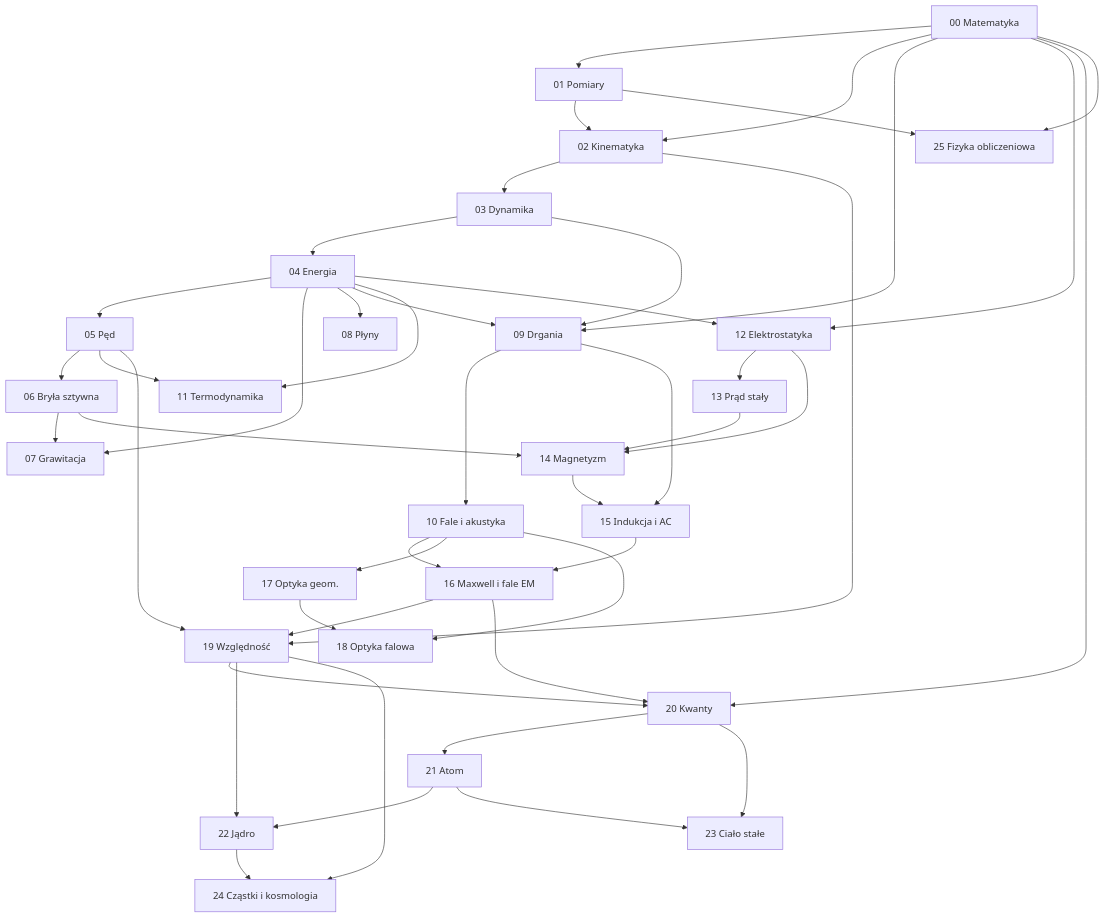
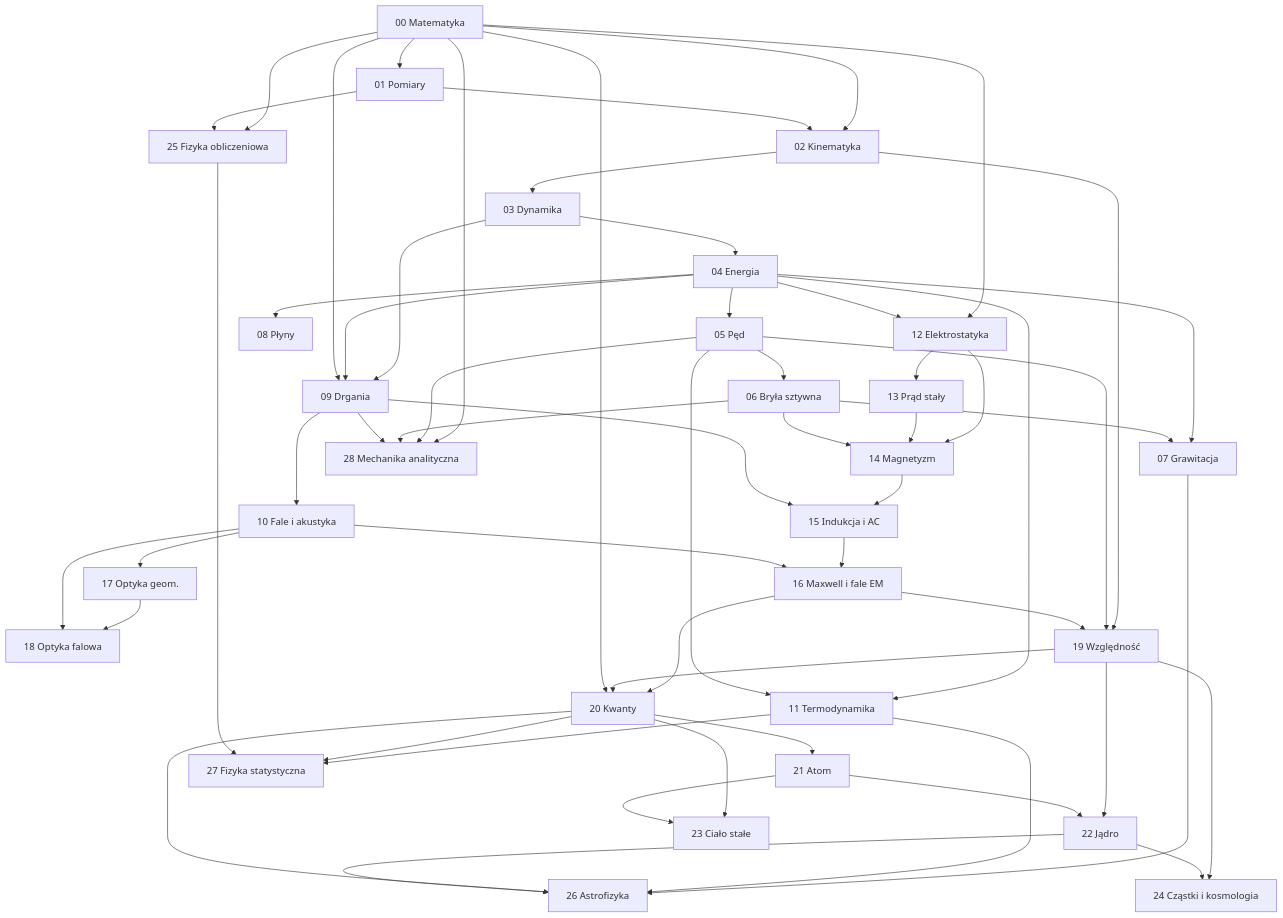
One commit to kanthakdominik/Fizyka changed the diagram in ROADMAP.md. Above: the diagram before and after it, drawn with Mermaid. The commit also changed other lines of this file and 30 other files, not shown here.

First line of the commit message:
Nowe moduły 26 (astrofizyka), 27 (fizyka statystyczna), 28 (mechanika analityczna)

````diff
--- a/ROADMAP.md
+++ b/ROADMAP.md
@@ -7,47 +7,58 @@
 ```mermaid
 graph TD
     M00[00 Matematyka] --> M01[01 Pomiary]
     M00[00 Matematyka] --> M02[02 Kinematyka]
     M01[01 Pomiary] --> M02[02 Kinematyka]
     M02[02 Kinematyka] --> M03[03 Dynamika]
     M03[03 Dynamika] --> M04[04 Energia]
     M04[04 Energia] --> M05[05 Pęd]
     M05[05 Pęd] --> M06[06 Bryła sztywna]
     M04[04 Energia] --> M07[07 Grawitacja]
     M06[06 Bryła sztywna] --> M07[07 Grawitacja]
     M04[04 Energia] --> M08[08 Płyny]
     M03[03 Dynamika] --> M09[09 Drgania]
     M04[04 Energia] --> M09[09 Drgania]
     M00[00 Matematyka] --> M09[09 Drgania]
     M09[09 Drgania] --> M10[10 Fale i akustyka]
     M04[04 Energia] --> M11[11 Termodynamika]
     M05[05 Pęd] --> M11[11 Termodynamika]
     M00[00 Matematyka] --> M12[12 Elektrostatyka]
     M04[04 Energia] --> M12[12 Elektrostatyka]
     M12[12 Elektrostatyka] --> M13[13 Prąd stały]
     M12[12 Elektrostatyka] --> M14[14 Magnetyzm]
     M13[13 Prąd stały] --> M14[14 Magnetyzm]
     M06[06 Bryła sztywna] --> M14[14 Magnetyzm]
     M14[14 Magnetyzm] --> M15[15 Indukcja i AC]
     M09[09 Drgania] --> M15[15 Indukcja i AC]
     M15[15 Indukcja i AC] --> M16[16 Maxwell i fale EM]
     M10[10 Fale i akustyka] --> M16[16 Maxwell i fale EM]
     M10[10 Fale i akustyka] --> M17[17 Optyka geom.]
     M17[17 Optyka geom.] --> M18[18 Optyka falowa]
     M10[10 Fale i akustyka] --> M18[18 Optyka falowa]
     M02[02 Kinematyka] --> M19[19 Względność]
     M05[05 Pęd] --> M19[19 Względność]
     M16[16 Maxwell i fale EM] --> M19[19 Względność]
     M16[16 Maxwell i fale EM] --> M20[20 Kwanty]
     M19[19 Względność] --> M20[20 Kwanty]
     M00[00 Matematyka] --> M20[20 Kwanty]
     M20[20 Kwanty] --> M21[21 Atom]
     M19[19 Względność] --> M22[22 Jądro]
     M21[21 Atom] --> M22[22 Jądro]
     M20[20 Kwanty] --> M23[23 Ciało stałe]
     M21[21 Atom] --> M23[23 Ciało stałe]
     M19[19 Względność] --> M24[24 Cząstki i kosmologia]
     M22[22 Jądro] --> M24[24 Cząstki i kosmologia]
     M00[00 Matematyka] --> M25[25 Fizyka obliczeniowa]
     M01[01 Pomiary] --> M25[25 Fizyka obliczeniowa]
+    M07[07 Grawitacja] --> M26[26 Astrofizyka]
+    M11[11 Termodynamika] --> M26[26 Astrofizyka]
+    M20[20 Kwanty] --> M26[26 Astrofizyka]
+    M22[22 Jądro] --> M26[26 Astrofizyka]
+    M11[11 Termodynamika] --> M27[27 Fizyka statystyczna]
+    M20[20 Kwanty] --> M27[27 Fizyka statystyczna]
+    M25[25 Fizyka obliczeniowa] --> M27[27 Fizyka statystyczna]
+    M00[00 Matematyka] --> M28[28 Mechanika analityczna]
+    M05[05 Pęd] --> M28[28 Mechanika analityczna]
+    M06[06 Bryła sztywna] --> M28[28 Mechanika analityczna]
+    M09[09 Drgania] --> M28[28 Mechanika analityczna]
 ```
````
